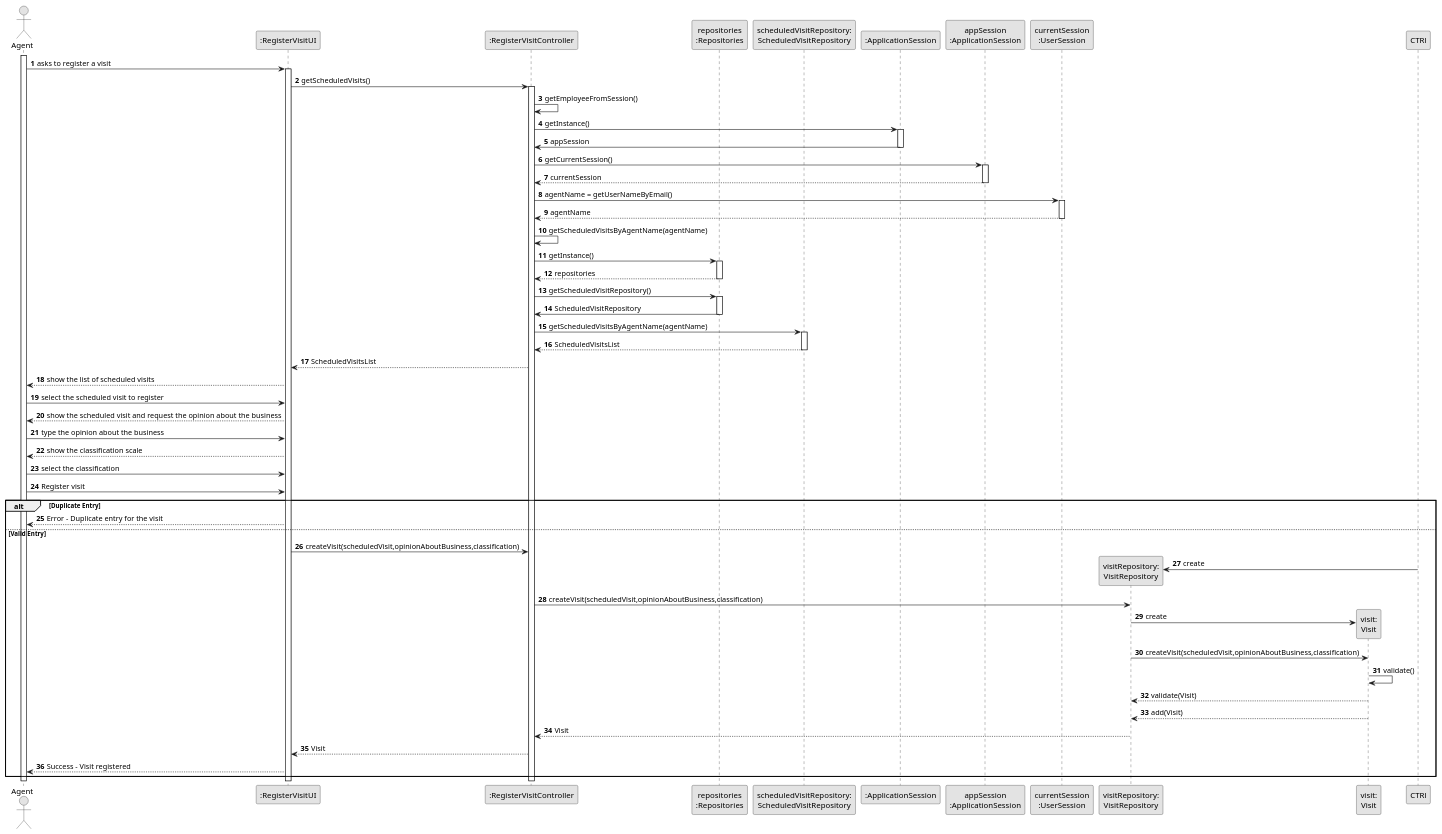
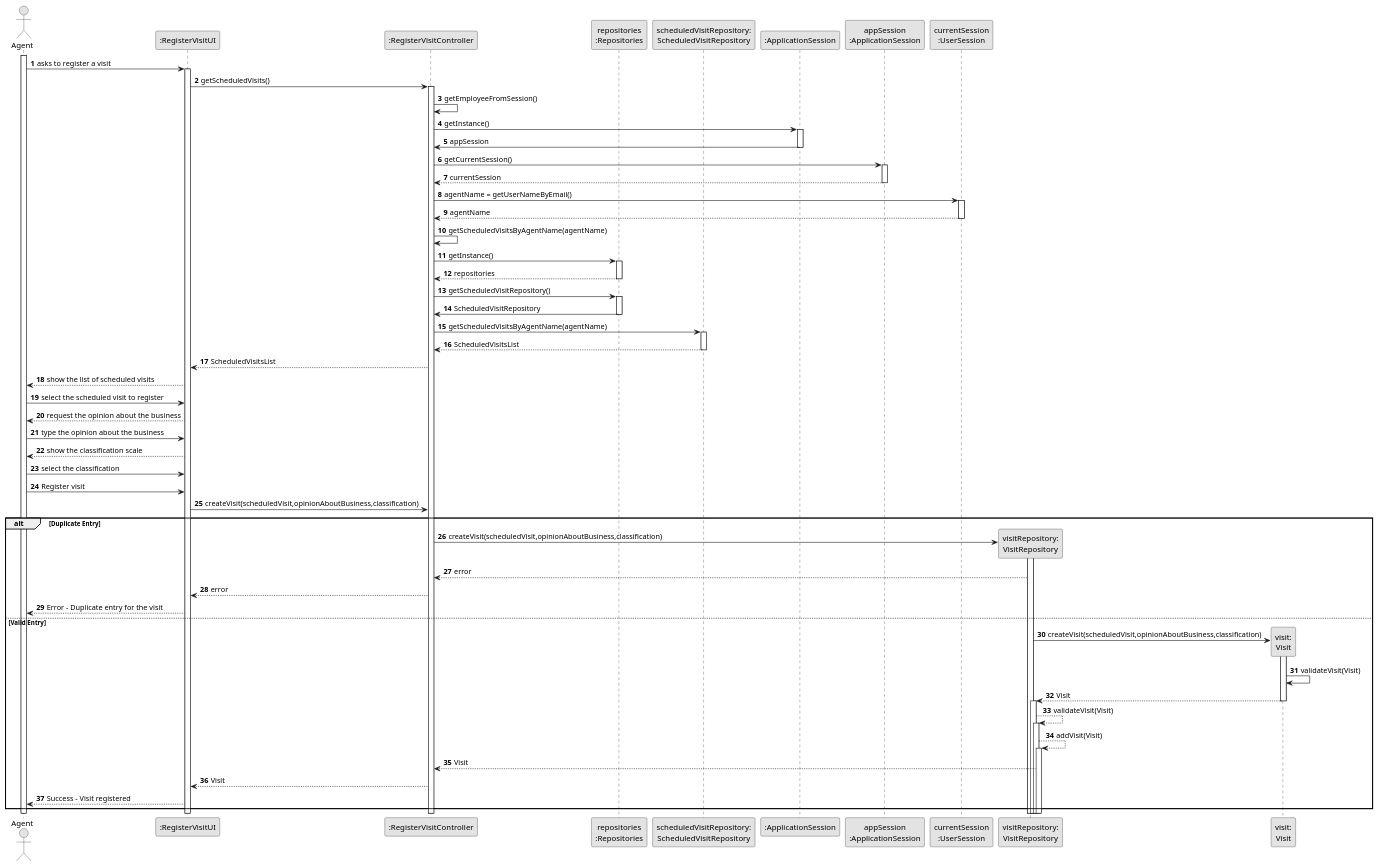
Before and after one commit to tiagohcorreia/LAPR2: the diagram in docs/sprintD/US021/03.design/puml/US21_SD.puml, drawn with PlantUML. The commit also changed 23 other files, not shown here.

```diff
--- a/docs/sprintD/US021/03.design/puml/US21_SD.puml
+++ b/docs/sprintD/US021/03.design/puml/US21_SD.puml
@@ -1,120 +1,147 @@
 @startuml
 skinparam monochrome true
 skinparam packageStyle rectangle
 skinparam shadowing false
 
 autonumber
 
 'hide footbox
 actor "Agent" as AG
 participant ":RegisterVisitUI" as UI
 participant ":RegisterVisitController" as CTRL
 participant "repositories\n:Repositories" as REP
 participant "scheduledVisitRepository:\nScheduledVisitRepository" as ScheduledVisitRepository
 participant ":ApplicationSession" as _APP
 participant "appSession\n:ApplicationSession" as APP
 participant "currentSession\n:UserSession" as SESSAO
 participant "visitRepository:\nVisitRepository" as VisitRepository
 participant "visit:\nVisit" as VISIT
 
 activate AG
 
         AG -> UI : asks to register a visit
 
         activate UI
 
             UI -> CTRL : getScheduledVisits()
             activate CTRL
 
 
                      CTRL -> CTRL : getEmployeeFromSession()
 
                       CTRL -> _APP: getInstance()
                          activate _APP
                       _APP -> CTRL: appSession
                           deactivate _APP
 
                       CTRL -> APP: getCurrentSession()
                           activate APP
 
                       APP --> CTRL: currentSession
                           deactivate APP
 
                      CTRL -> SESSAO: agentName = getUserNameByEmail()
                           activate SESSAO
 
                       SESSAO --> CTRL : agentName
                           deactivate SESSAO
 
 
                      CTRL -> CTRL : getScheduledVisitsByAgentName(agentName)
 
                      CTRL -> REP : getInstance()
                            activate REP
 
                      REP --> CTRL: repositories
                            deactivate REP
 
                       CTRL -> REP : getScheduledVisitRepository()
                             activate REP
 
                        REP -> CTRL : ScheduledVisitRepository
                             deactivate REP
 
                        CTRL -> ScheduledVisitRepository : getScheduledVisitsByAgentName(agentName)
                             activate ScheduledVisitRepository
 
                        ScheduledVisitRepository --> CTRL : ScheduledVisitsList
                             deactivate ScheduledVisitRepository
 
                      CTRL --> UI : ScheduledVisitsList
 
                     UI --> AG : show the list of scheduled visits
 
                     AG -> UI : select the scheduled visit to register
 
-                    UI --> AG: show the scheduled visit and request the opinion about the business
+                    UI --> AG: request the opinion about the business
 
                     AG -> UI: type the opinion about the business
 
                     UI --> AG: show the classification scale
 
                     AG -> UI: select the classification
 
                      AG -> UI: Register visit
 
-                            alt Duplicate Entry
-                                UI --> AG: Error - Duplicate entry for the visit
 
-                            else Valid Entry
+
+
+
+
+
 
                                         UI -> CTRL: createVisit(scheduledVisit,opinionAboutBusiness,classification)
-                                        CTRl -> VisitRepository**: create
-                                        CTRL -> VisitRepository : createVisit(scheduledVisit,opinionAboutBusiness,classification)
-                                        VisitRepository -> VISIT**: create
 
-                                        VisitRepository -> VISIT: createVisit(scheduledVisit,opinionAboutBusiness,classification)
-                                        VISIT -> VISIT: validate()
-                                        VISIT --> VisitRepository: validate(Visit)
-                                        VISIT --> VisitRepository: add(Visit)
+                                        alt Duplicate Entry
+                                        CTRL -> VisitRepository** : createVisit(scheduledVisit,opinionAboutBusiness,classification)
+
+                                        activate VisitRepository
+
+                                        VisitRepository --> CTRL: error
+
+                                        CTRL --> UI: error
+
+                                        UI --> AG: Error - Duplicate entry for the visit
+
+
+
+                                        else Valid Entry
+
+                                        VisitRepository -> VISIT**: createVisit(scheduledVisit,opinionAboutBusiness,classification)
+
+
+
+                                        activate VISIT
+                                        VISIT -> VISIT: validateVisit(Visit)
+
+                                        VISIT --> VisitRepository: Visit
+
+                                        deactivate VISIT
+
+                                        activate VisitRepository
+                                        VisitRepository --> VisitRepository: validateVisit(Visit)
+                                        activate VisitRepository
+                                        VisitRepository --> VisitRepository: addVisit(Visit)
+                                        activate VisitRepository
+
                                         VisitRepository --> CTRL: Visit
                                         CTRL --> UI: Visit
 
 
                                 UI --> AG: Success - Visit registered
 
 
                             end
 
 
 
 
 
 
 
 
 
 
 
 
 @enduml
```
